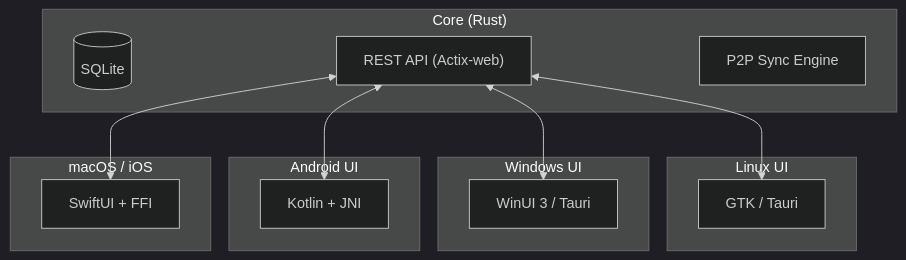
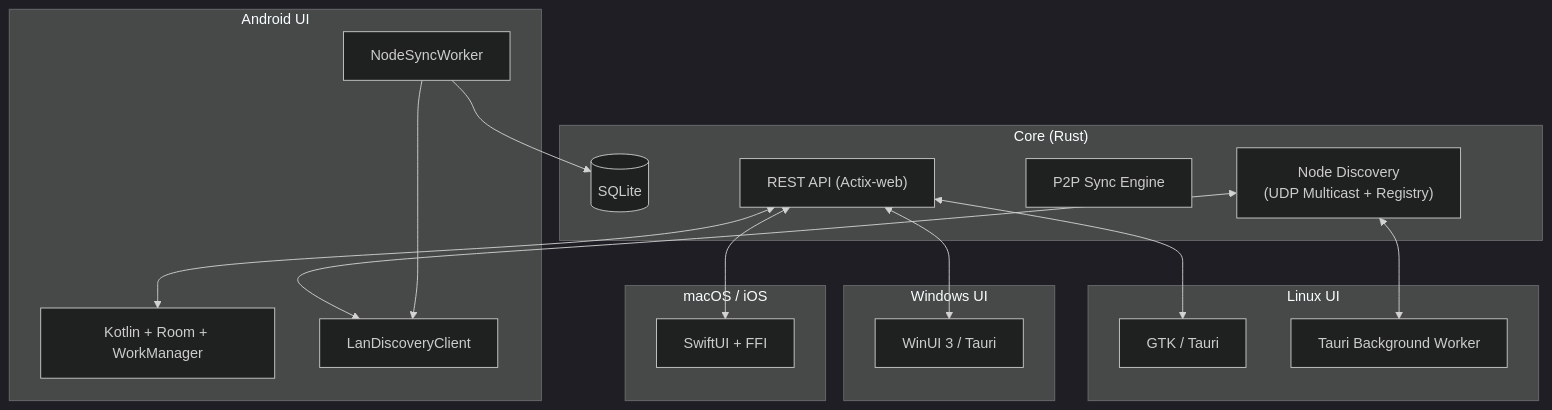
The diagram in docs/architecture.md (ekwator/truth-training), drawn with Mermaid (dark theme) before and after one commit. The commit also changed other lines of this file and 3 other files, not shown here.

First line of the commit message:
Complete T051: Update documentation with node discovery, schema, CLI usage, and Android/Desktop behaviors

````diff
--- a/docs/architecture.md
+++ b/docs/architecture.md
@@ -97,29 +109,37 @@
 ```mermaid
 flowchart TB
     subgraph Core ["Core (Rust)"]
         DB[("SQLite")]
         API["REST API (Actix-web)"]
         Sync["P2P Sync Engine"]
+        Discovery["Node Discovery<br/>(UDP Multicast + Registry)"]
     end
 
     subgraph LinuxUI ["Linux UI"]
         GTK["GTK / Tauri"]
+        TauriWorker["Tauri Background Worker"]
     end
 
     subgraph WindowsUI ["Windows UI"]
         WIN["WinUI 3 / Tauri"]
     end
 
     subgraph AndroidUI ["Android UI"]
-        AND["Kotlin + JNI"]
+        AND["Kotlin + Room + WorkManager"]
+        DiscoveryClient["LanDiscoveryClient"]
+        SyncWorker["NodeSyncWorker"]
     end
 
     subgraph AppleUI ["macOS / iOS"]
         APP["SwiftUI + FFI"]
     end
 
     API <--> GTK
     API <--> WIN
     API <--> AND
     API <--> APP
+    Discovery <--> TauriWorker
+    Discovery <--> DiscoveryClient
+    SyncWorker --> DiscoveryClient
+    SyncWorker --> DB
 ```
````
